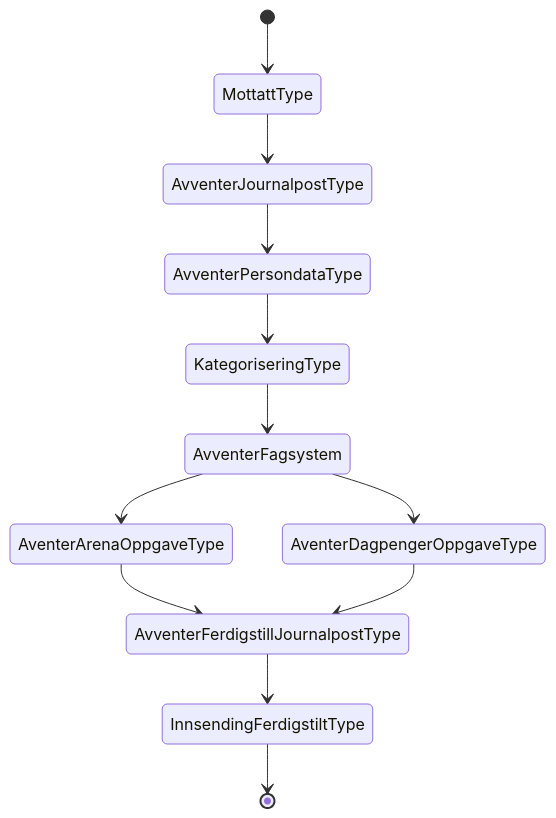
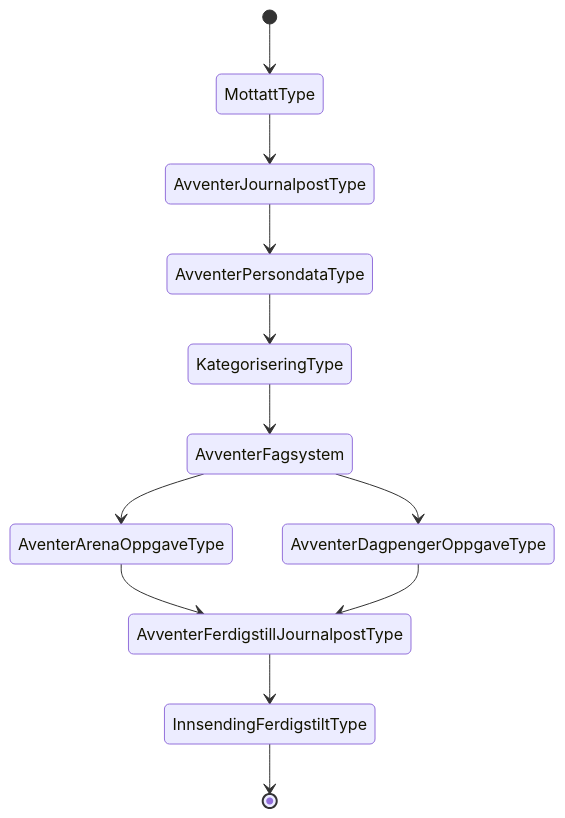
Before and after one commit to navikt/dp-mottak: the diagram in docs/arkitektur/tilstander/NAV 90-00.08.approved.md, drawn with Mermaid. The commit also changed 12 other files, not shown here.

````diff
--- a/docs/arkitektur/tilstander/NAV 90-00.08.approved.md
+++ b/docs/arkitektur/tilstander/NAV 90-00.08.approved.md
@@ -3,14 +3,14 @@
 ```mermaid
    stateDiagram
    [*]-->MottattType
    	MottattType --> AvventerJournalpostType
 	AvventerJournalpostType --> AvventerPersondataType
 	AvventerPersondataType --> KategoriseringType
 	KategoriseringType --> AvventerFagsystem
     AvventerFagsystem --> AventerArenaOppgaveType
-    AvventerFagsystem --> AventerDagpengerOppgaveType
+    AvventerFagsystem --> AvventerDagpengerOppgaveType
     AventerArenaOppgaveType --> AvventerFerdigstillJournalpostType
-    AventerDagpengerOppgaveType --> AvventerFerdigstillJournalpostType
+    AvventerDagpengerOppgaveType --> AvventerFerdigstillJournalpostType
 	AvventerFerdigstillJournalpostType --> InnsendingFerdigstiltType
    InnsendingFerdigstiltType--> [*]    
 ```
````
